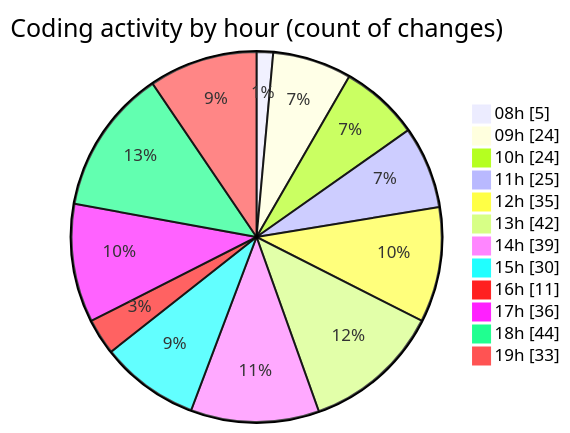
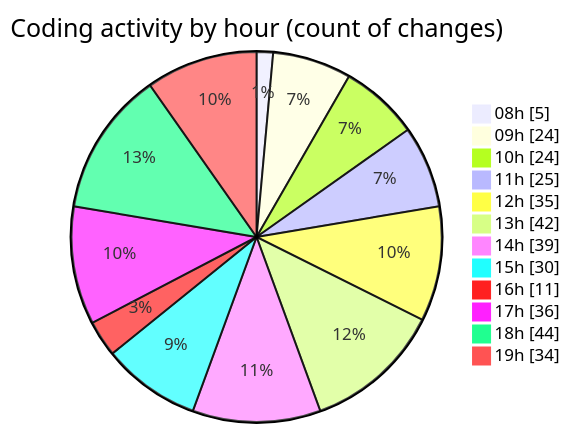
Before and after one commit to momahboobian/code-tracking: the second of 2 diagrams in 2025-11-24/cda/README.md, drawn with Mermaid. The commit also changed other lines of this file and 1 other file, not shown here.

````diff
--- a/2025-11-24/cda/README.md
+++ b/2025-11-24/cda/README.md
@@ -49,16 +49,16 @@
 ```mermaid
 pie showData
 title Coding activity by hour (count of changes)
 "08h" : 5
 "09h" : 24
 "10h" : 24
 "11h" : 25
 "12h" : 35
 "13h" : 42
 "14h" : 39
 "15h" : 30
 "16h" : 11
 "17h" : 36
 "18h" : 44
-"19h" : 33
+"19h" : 34
 ```
````
